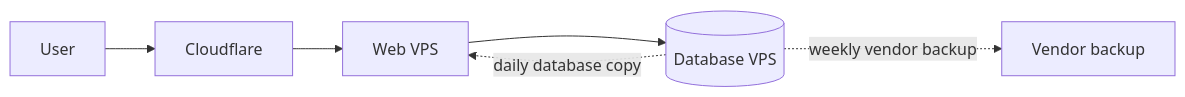
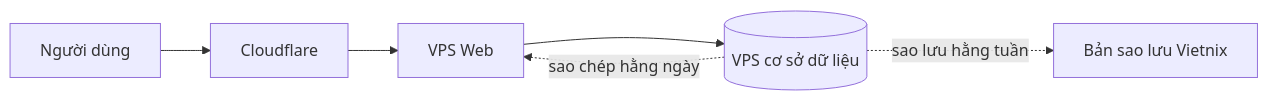
The first of 2 diagrams in costs/README.md (LeeTun2k2/insumart-docs), drawn with Mermaid before and after one commit. The commit also changed other lines of this file and 7 other files, not shown here.

Commit message:
Translate deployment architecture and incident response documents to Vietnamese, update cost estimates, and refine maintenance work descriptions for clarity and consistency.

````diff
--- a/costs/README.md
+++ b/costs/README.md
@@ -17,8 +23,8 @@
 ```mermaid
 flowchart LR
-    User --> Cloudflare
-    Cloudflare --> Web[Web VPS]
-    Web --> DB[(Database VPS)]
-    DB -. daily database copy .-> Web
-    DB -. weekly vendor backup .-> Backup[Vendor backup]
+    NguoiDung[Người dùng] --> Cloudflare
+    Cloudflare --> Web[VPS Web]
+    Web --> DB[(VPS cơ sở dữ liệu)]
+    DB -. sao chép hằng ngày .-> Web
+    DB -. sao lưu hằng tuần .-> SaoLuu[Bản sao lưu Vietnix]
 ```
````
